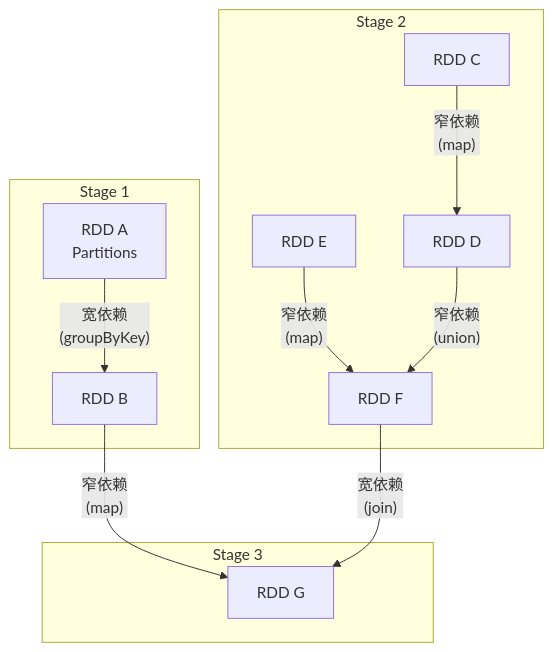
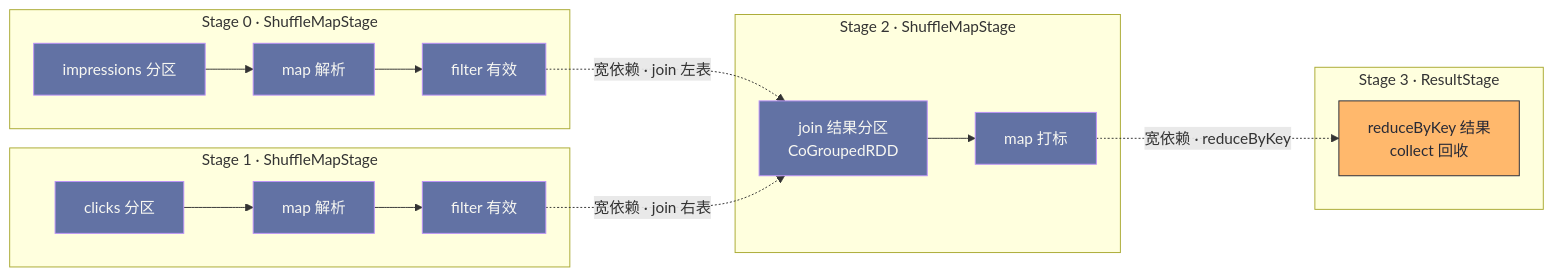
Before and after one commit to hpliStartAgain/my-brain: the first of 5 diagrams in content/大数据/Spark/读书笔记-spark内核/03_调度与执行机制/5. Spark_DAGScheduler_Stage划分.md, drawn with Mermaid. The commit also changed other lines of this file and 259 other files, not shown here.

````diff
--- a/content/大数据/Spark/读书笔记-spark内核/03_调度与执行机制/5. Spark_DAGScheduler_Stage划分.md
+++ b/content/大数据/Spark/读书笔记-spark内核/03_调度与执行机制/5. Spark_DAGScheduler_Stage划分.md
@@ -73,15 +86,25 @@
 ```mermaid
-flowchart TD
-    subgraph "Stage 1"
-        A["RDD A<br/>Partitions"] --"宽依赖<br/>(groupByKey)"--> B["RDD B"]
+%%{init: {'theme': 'dracula'}}%%
+flowchart LR
+    subgraph S0["Stage 0 · ShuffleMapStage"]
+        A["impressions 分区"] --> B["map 解析"]
+        B --> C["filter 有效"]
     end
-    subgraph "Stage 2"
-        C["RDD C"] --"窄依赖<br/>(map)"--> D["RDD D"]
-        E["RDD E"] --"窄依赖<br/>(map)"--> F["RDD F"]
-        D --"窄依赖<br/>(union)"--> F
+    subgraph S1["Stage 1 · ShuffleMapStage"]
+        D["clicks 分区"] --> E["map 解析"]
+        E --> F["filter 有效"]
     end
-    subgraph "Stage 3"
-        B --"窄依赖<br/>(map)"--> G["RDD G"]
-        F --"宽依赖<br/>(join)"--> G
+    subgraph S2["Stage 2 · ShuffleMapStage"]
+        G["join 结果分区<br/>CoGroupedRDD"] --> H["map 打标"]
     end
+    subgraph S3["Stage 3 · ResultStage"]
+        I["reduceByKey 结果<br/>collect 回收"] 
+    end
+    C -. "宽依赖 · join 左表" .-> G
+    F -. "宽依赖 · join 右表" .-> G
+    H -. "宽依赖 · reduceByKey" .-> I
+    classDef mapst fill:#6272a4,stroke:#bd93f9,color:#f8f8f2
+    classDef resst fill:#ffb86c,stroke:#282a36,color:#282a36
+    class A,B,C,D,E,F,G,H mapst
+    class I resst
 ```
````
